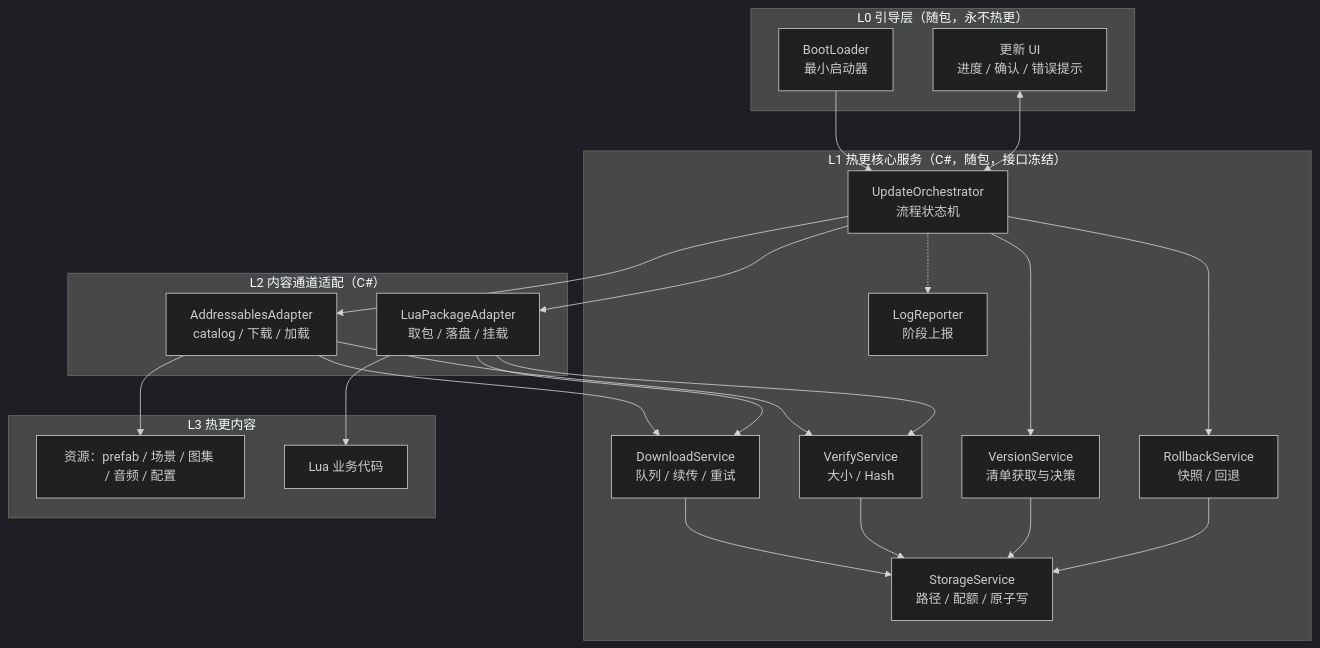
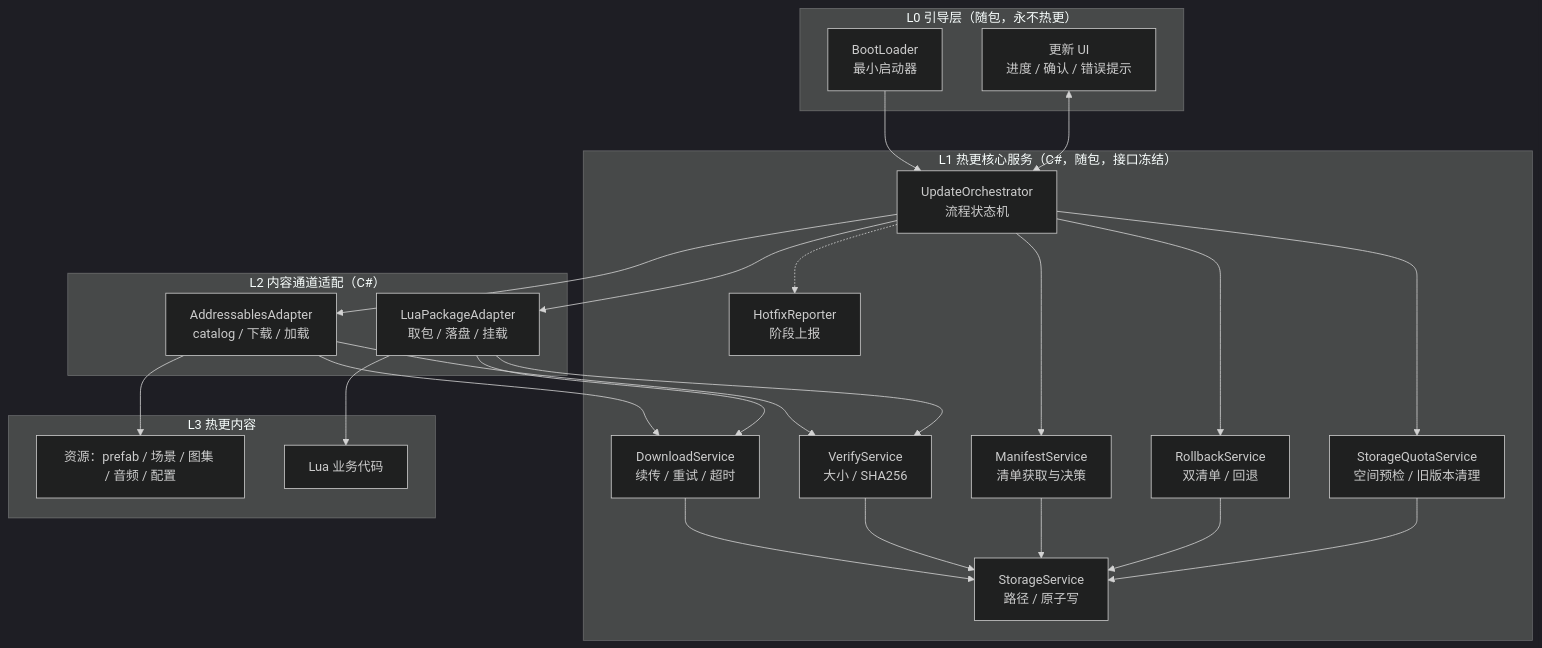
The first of 4 diagrams in Docs/HotUpdateArchitecture.md (HJX-GitUser/UnityHotFixSystem), drawn with Mermaid (dark theme) before and after one commit. The commit also changed other lines of this file and 1 other file, not shown here.

````diff
--- a/Docs/HotUpdateArchitecture.md
+++ b/Docs/HotUpdateArchitecture.md
@@ -63,45 +63,48 @@
 ```mermaid
 graph TD
     subgraph L0["L0 引导层（随包，永不热更）"]
         Boot["BootLoader<br/>最小启动器"]
         UI["更新 UI<br/>进度 / 确认 / 错误提示"]
     end
 
     subgraph L1["L1 热更核心服务（C#，随包，接口冻结）"]
         Orch["UpdateOrchestrator<br/>流程状态机"]
-        Ver["VersionService<br/>清单获取与决策"]
-        Dld["DownloadService<br/>队列 / 续传 / 重试"]
-        Vfy["VerifyService<br/>大小 / Hash"]
-        Stg["StorageService<br/>路径 / 配额 / 原子写"]
-        Rbk["RollbackService<br/>快照 / 回退"]
-        Rep["LogReporter<br/>阶段上报"]
+        Ver["ManifestService<br/>清单获取与决策"]
+        Dld["DownloadService<br/>续传 / 重试 / 超时"]
+        Vfy["VerifyService<br/>大小 / SHA256"]
+        Stg["StorageService<br/>路径 / 原子写"]
+        Qta["StorageQuotaService<br/>空间预检 / 旧版本清理"]
+        Rbk["RollbackService<br/>双清单 / 回退"]
+        Rep["HotfixReporter<br/>阶段上报"]
     end
 
     subgraph L2["L2 内容通道适配（C#）"]
         AA["AddressablesAdapter<br/>catalog / 下载 / 加载"]
         Lpkg["LuaPackageAdapter<br/>取包 / 落盘 / 挂载"]
     end
 
     subgraph L3["L3 热更内容"]
         Res["资源：prefab / 场景 / 图集 / 音频 / 配置"]
         LuaCode["Lua 业务代码"]
     end
 
     Boot --> Orch
     UI <--> Orch
     Orch --> Ver
     Orch --> AA
     Orch --> Lpkg
     Orch --> Rbk
+    Orch --> Qta
     AA --> Dld
     AA --> Vfy
     Lpkg --> Dld
     Lpkg --> Vfy
     Dld --> Stg
     Vfy --> Stg
     Ver --> Stg
     Rbk --> Stg
+    Qta --> Stg
     Orch -.-> Rep
     AA --> Res
     Lpkg --> LuaCode
 ```
````
